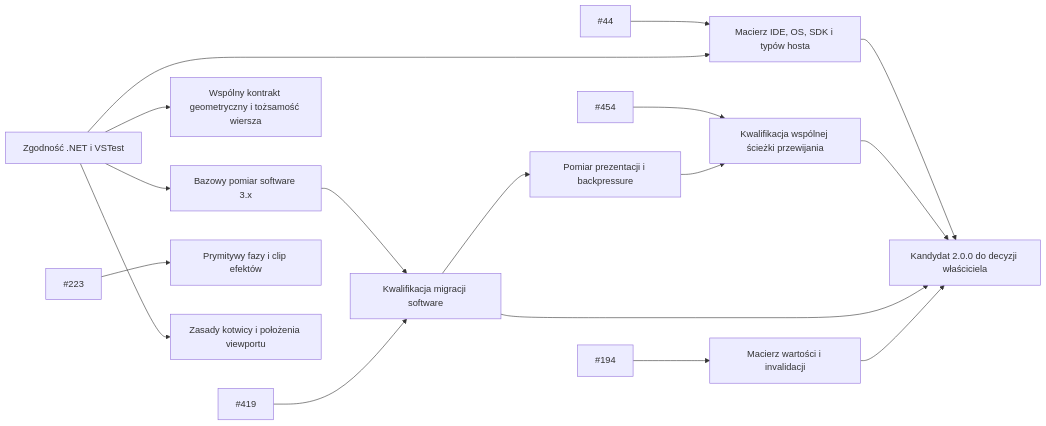
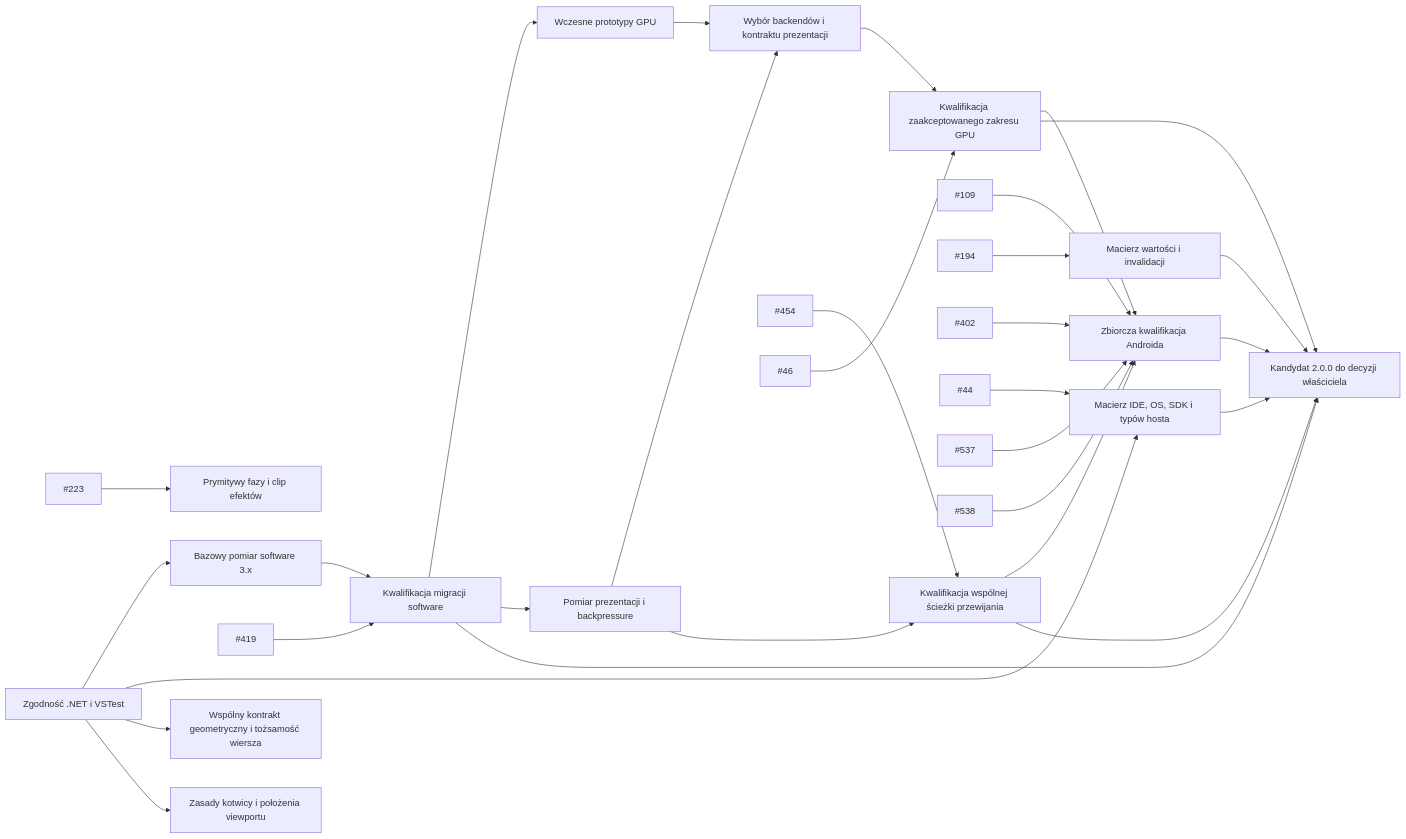
The third of 12 diagrams in docs/development/2.0.0/DEPENDENCY-GRAPH.md (ProGraMajster/ModernFormsNext), drawn with Mermaid before and after one commit. The commit also changed other lines of this file and 8 other files, not shown here.

````diff
--- a/docs/development/2.0.0/DEPENDENCY-GRAPH.md
+++ b/docs/development/2.0.0/DEPENDENCY-GRAPH.md
@@ -126,35 +133,57 @@
 ```mermaid
 flowchart LR
+  G_android_qualification["Zbiorcza kwalifikacja Androida"]
   G_baseline_perf["Bazowy pomiar software 3.x"]
   G_designer_support_matrix["Macierz IDE, OS, SDK i typów hosta"]
+  G_gpu_prototypes["Wczesne prototypy GPU"]
+  G_gpu_qualified["Kwalifikacja zaakceptowanego zakresu GPU"]
+  G_gpu_selection["Wybór backendów i kontraktu prezentacji"]
   G_grid_view_contract["Wspólny kontrakt geometryczny i tożsamość wiersza"]
+  I109["#109"]
   I194["#194"]
   I223["#223"]
+  I402["#402"]
   I419["#419"]
   I44["#44"]
   I454["#454"]
+  I46["#46"]
+  I537["#537"]
+  I538["#538"]
   G_pacing_contract["Pomiar prezentacji i backpressure"]
   G_progress_effects["Prymitywy fazy i clip efektów"]
   G_release_qualification["Kandydat 2.0.0 do decyzji właściciela"]
   G_scroll_anchor_policy["Zasady kotwicy i położenia viewportu"]
   G_scroll_qualified["Kwalifikacja wspólnej ścieżki przewijania"]
   G_software_4x["Kwalifikacja migracji software"]
   G_stage1_integrated["Zgodność .NET i VSTest"]
   G_style_precedence["Macierz wartości i invalidacji"]
+  G_android_qualification --> G_release_qualification
   G_baseline_perf --> G_software_4x
   G_designer_support_matrix --> G_release_qualification
+  G_gpu_prototypes --> G_gpu_selection
+  G_gpu_qualified --> G_android_qualification
+  G_gpu_qualified --> G_release_qualification
+  G_gpu_selection --> G_gpu_qualified
+  I109 --> G_android_qualification
   I194 --> G_style_precedence
   I223 --> G_progress_effects
+  I402 --> G_android_qualification
   I419 --> G_software_4x
   I44 --> G_designer_support_matrix
   I454 --> G_scroll_qualified
+  I46 --> G_gpu_qualified
+  I537 --> G_android_qualification
+  I538 --> G_android_qualification
+  G_pacing_contract --> G_gpu_selection
   G_pacing_contract --> G_scroll_qualified
+  G_scroll_qualified --> G_android_qualification
   G_scroll_qualified --> G_release_qualification
+  G_software_4x --> G_gpu_prototypes
   G_software_4x --> G_pacing_contract
   G_software_4x --> G_release_qualification
   G_stage1_integrated --> G_baseline_perf
   G_stage1_integrated --> G_designer_support_matrix
   G_stage1_integrated --> G_grid_view_contract
   G_stage1_integrated --> G_scroll_anchor_policy
   G_style_precedence --> G_release_qualification
 ```
````
